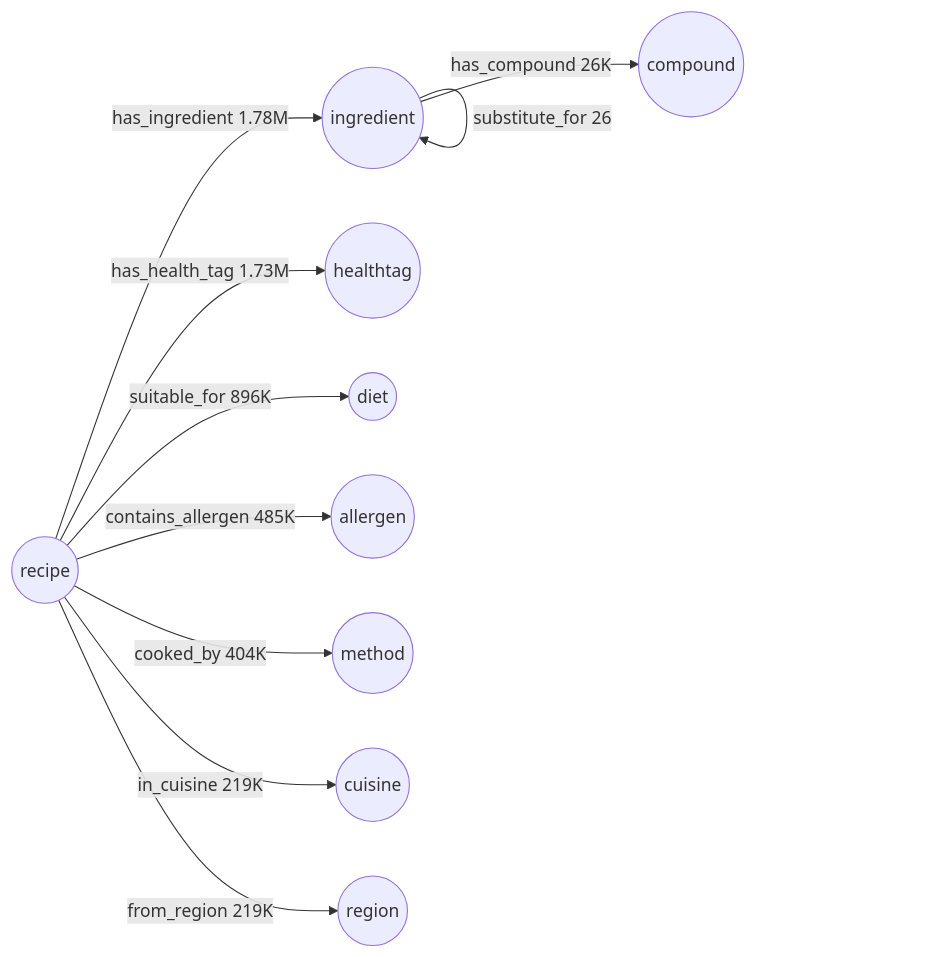
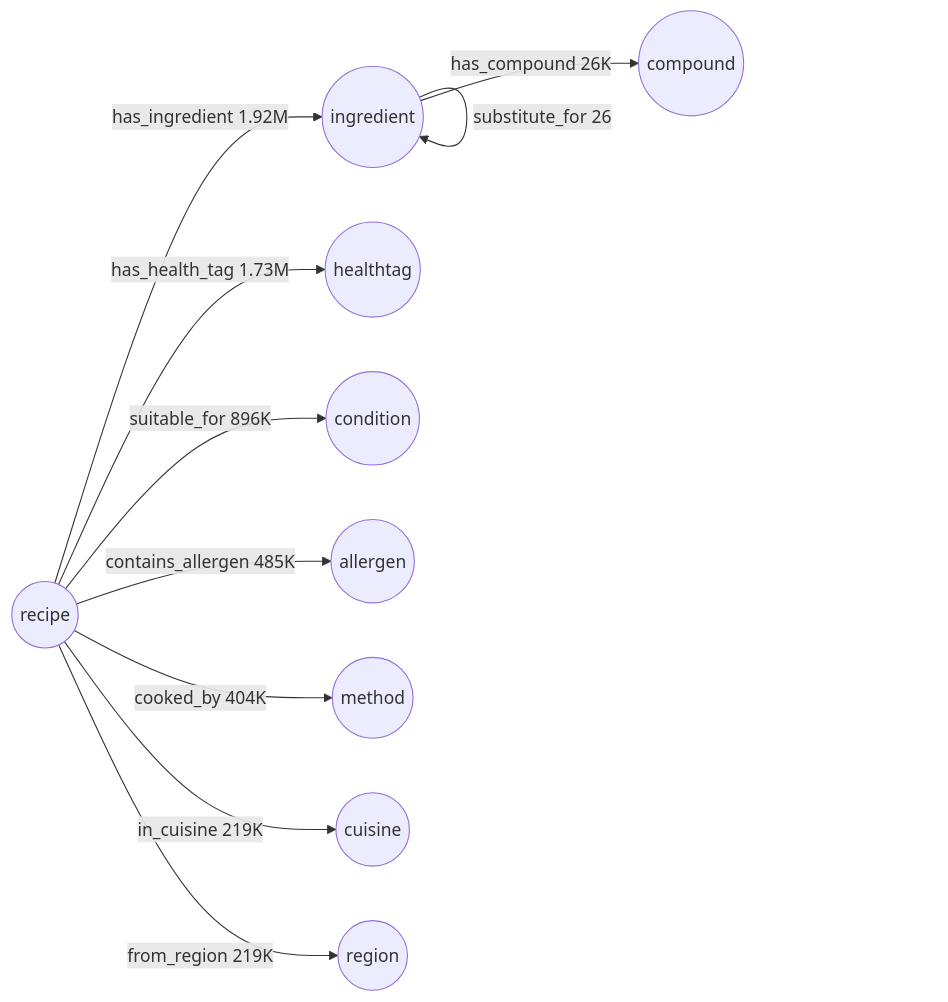
Before and after one commit to Poshaka-Research-Lab/IndicRecipeNutri-dataset: the second of 2 diagrams in README.md, drawn with Mermaid. The commit also changed other lines of this file and 87 other files, not shown here.

````diff
--- a/README.md
+++ b/README.md
@@ -167,13 +173,13 @@
 ```mermaid
 graph LR
-    R((recipe)) -->|has_ingredient 1.78M| I((ingredient))
+    R((recipe)) -->|has_ingredient 1.92M| I((ingredient))
     R -->|has_health_tag 1.73M| H((healthtag))
-    R -->|suitable_for 896K| D((diet))
+    R -->|suitable_for 896K| D((condition))
     R -->|contains_allergen 485K| A((allergen))
     R -->|cooked_by 404K| M((method))
     R -->|in_cuisine 219K| C((cuisine))
     R -->|from_region 219K| G((region))
     I -->|has_compound 26K| P((compound))
     I -->|pairs_with 3.2K| I
     I -->|substitute_for 26| I
 ```
````
